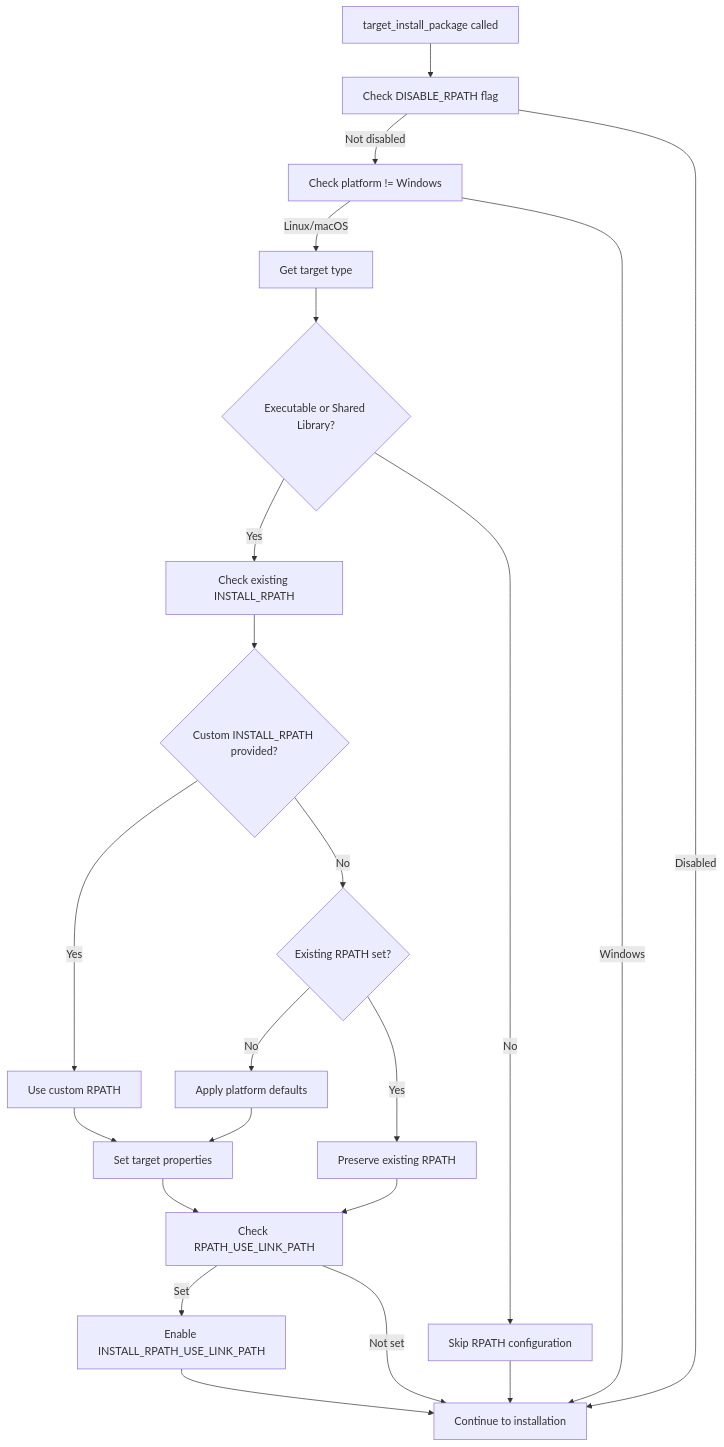
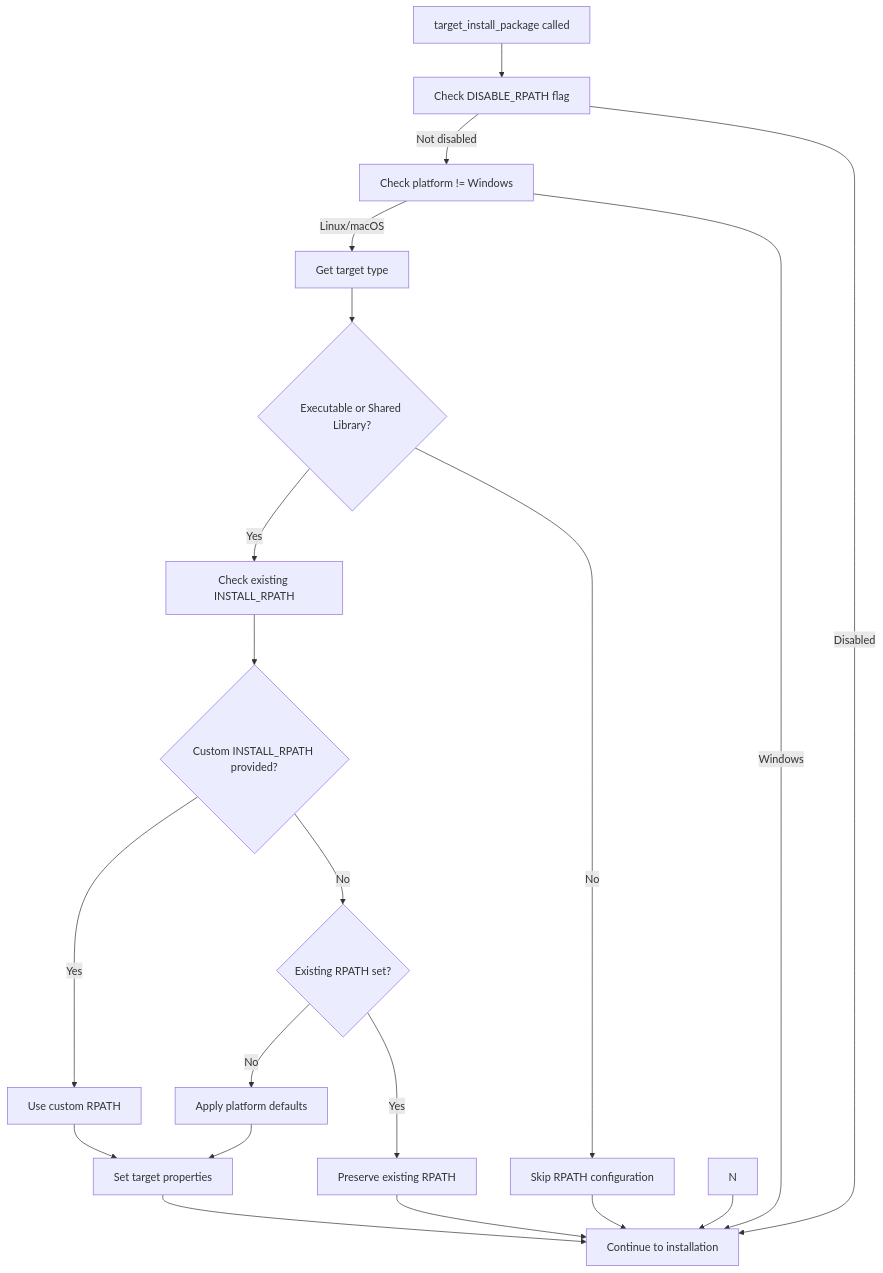
Before and after one commit to jkammerland/target_install_package.cmake: the diagram in docs/RPATH-Implementation-Details.md, drawn with Mermaid. The commit also changed other lines of this file and 9 other files, not shown here.

Commit message:
Fix RPATH skip on system install

````diff
--- a/docs/RPATH-Implementation-Details.md
+++ b/docs/RPATH-Implementation-Details.md
@@ -105,24 +120,22 @@
 ```mermaid
 graph TD
     A[target_install_package called] --> B[Check DISABLE_RPATH flag]
     B -->|Not disabled| C[Check platform != Windows]
     C -->|Linux/macOS| D[Get target type]
     D --> E{Executable or Shared Library?}
     E -->|Yes| F[Check existing INSTALL_RPATH]
     E -->|No| Z[Skip RPATH configuration]
     F --> G{Custom INSTALL_RPATH provided?}
     G -->|Yes| H[Use custom RPATH]
     G -->|No| I{Existing RPATH set?}
     I -->|No| J[Apply platform defaults]
     I -->|Yes| K[Preserve existing RPATH]
     H --> L[Set target properties]
     J --> L
-    K --> M[Check RPATH_USE_LINK_PATH]
-    L --> M
-    M -->|Set| N[Enable INSTALL_RPATH_USE_LINK_PATH]
-    M -->|Not set| O[Continue to installation]
+    K --> O[Continue to installation]
+    L --> O
     N --> O
     Z --> O
     B -->|Disabled| O
     C -->|Windows| O
 ```
````
